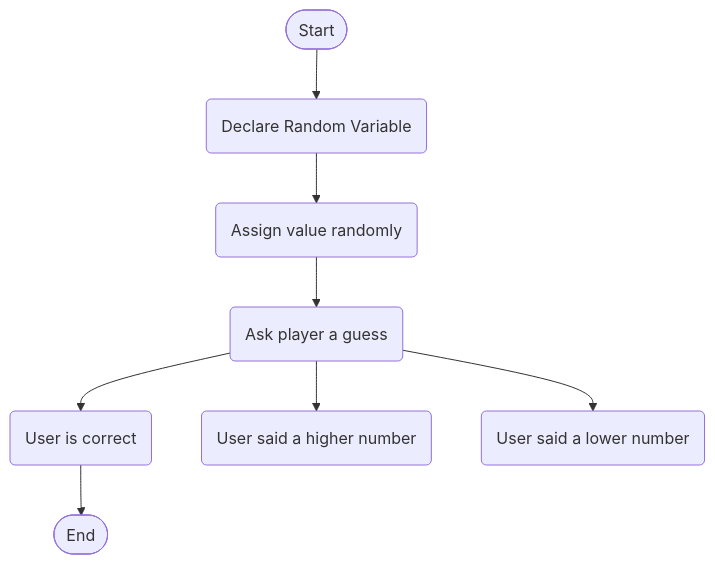
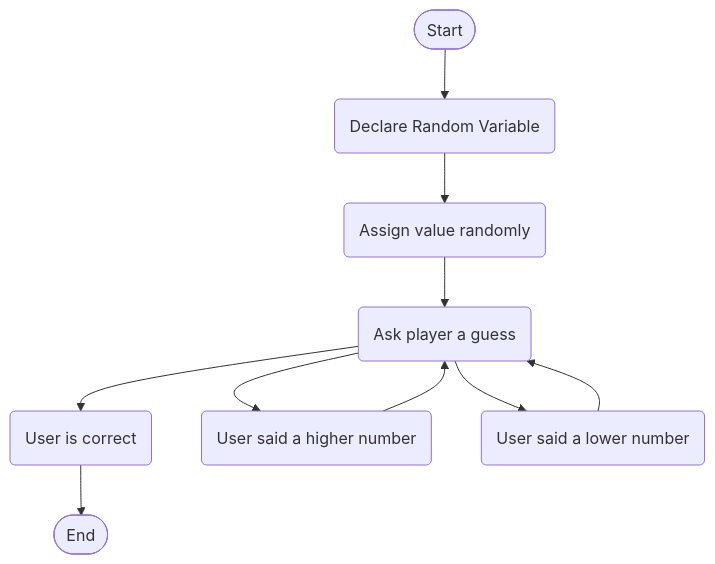
Before and after one commit to juansagarra/juansagarra.github.io: the diagram in Guessing.md, drawn with Mermaid.

````diff
--- a/Guessing.md
+++ b/Guessing.md
@@ -1,11 +1,11 @@
 ```mermaid
 flowchart TD
 
 
 
  Start([Start]) --> A(Declare Random Variable) --> B(Assign value randomly) --> C(Ask player a guess) --> D(User is correct) --> End([End])
 
-C --> E(User said a higher number)
-C --> F(User said a lower number)
+C --> E(User said a higher number) --> C
+C --> F(User said a lower number) --> C
 
 ```
````
